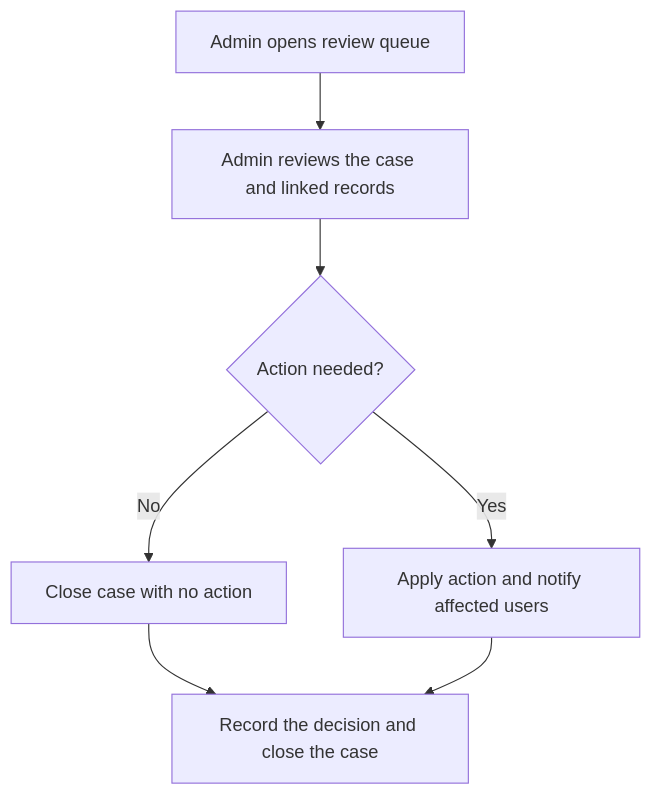
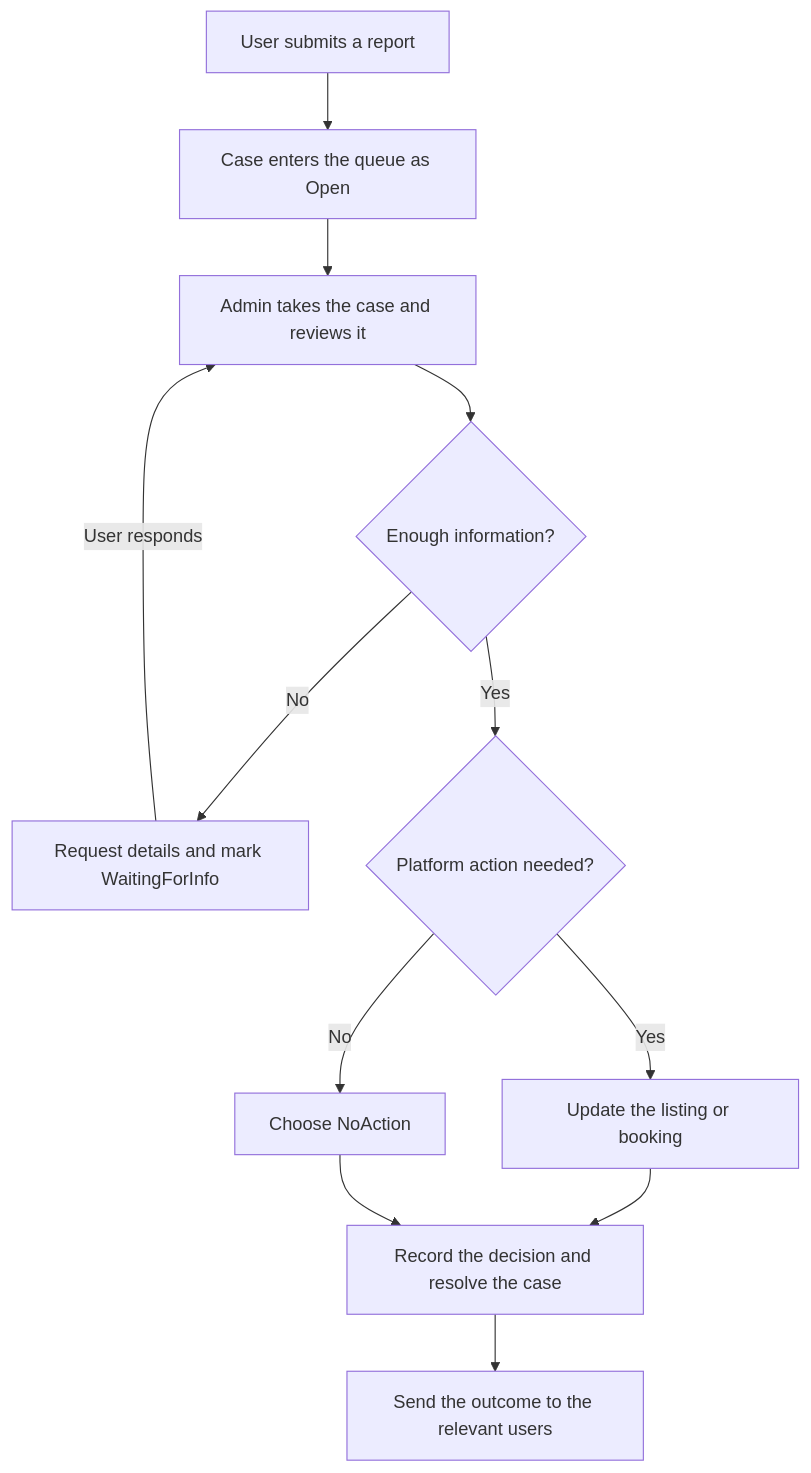
One commit to sejalthatipamula/youthsapcefinder changed the diagram in admin-workflow.md. Above: the diagram before and after it, drawn with Mermaid. The commit also changed other lines of this file, not shown here.

First line of the commit message:
Revise admin workflow documentation for clarity

````diff
--- a/admin-workflow.md
+++ b/admin-workflow.md
@@ -35,13 +15,14 @@
 ```mermaid
 flowchart TD
-    A["Admin opens review queue"]
-    B["Admin reviews the case and linked records"]
-    C{"Action needed?"}
-    D["Close case with no action"]
-    E["Apply action and notify affected users"]
-    F["Record the decision and close the case"]
-
-    A --> B --> C
-    C -->|No| D --> F
-    C -->|Yes| E --> F
+    A["User submits a report"] --> B["Case enters the queue as Open"]
+    B --> C["Admin takes the case and reviews it"]
+    C --> D{"Enough information?"}
+    D -->|No| E["Request details and mark WaitingForInfo"]
+    E -->|User responds| C
+    D -->|Yes| F{"Platform action needed?"}
+    F -->|Yes| G["Update the listing or booking"]
+    F -->|No| H["Choose NoAction"]
+    G --> I["Record the decision and resolve the case"]
+    H --> I
+    I --> J["Send the outcome to the relevant users"]
 ```
````
